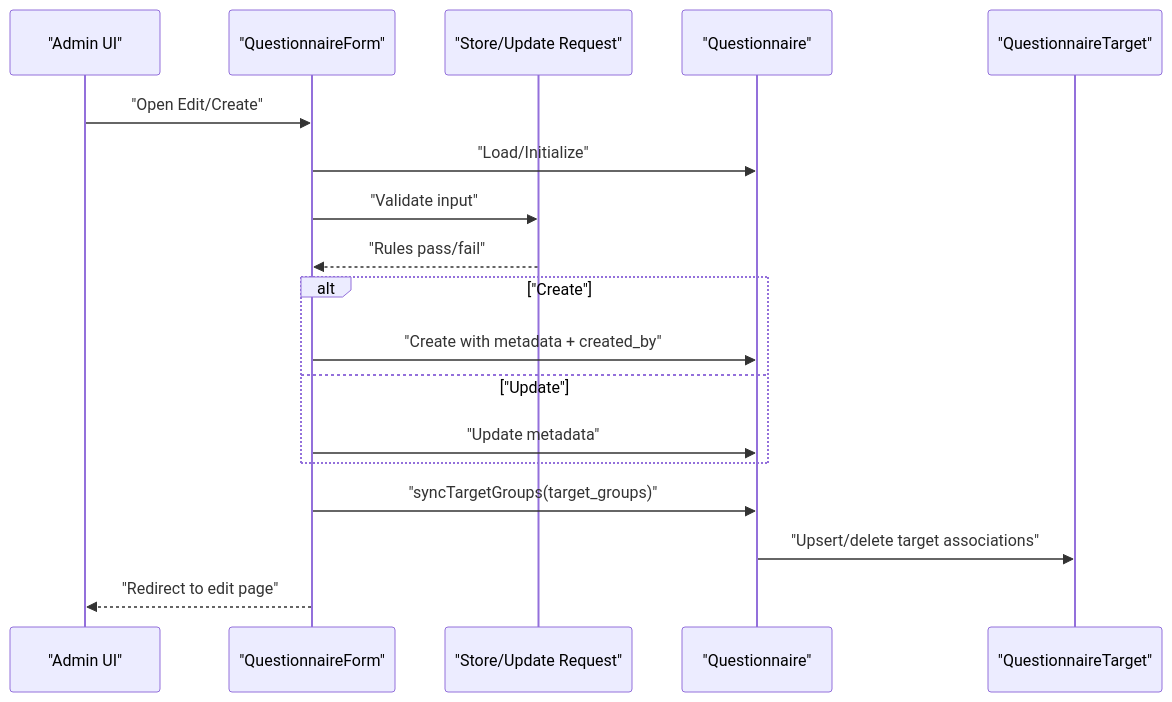
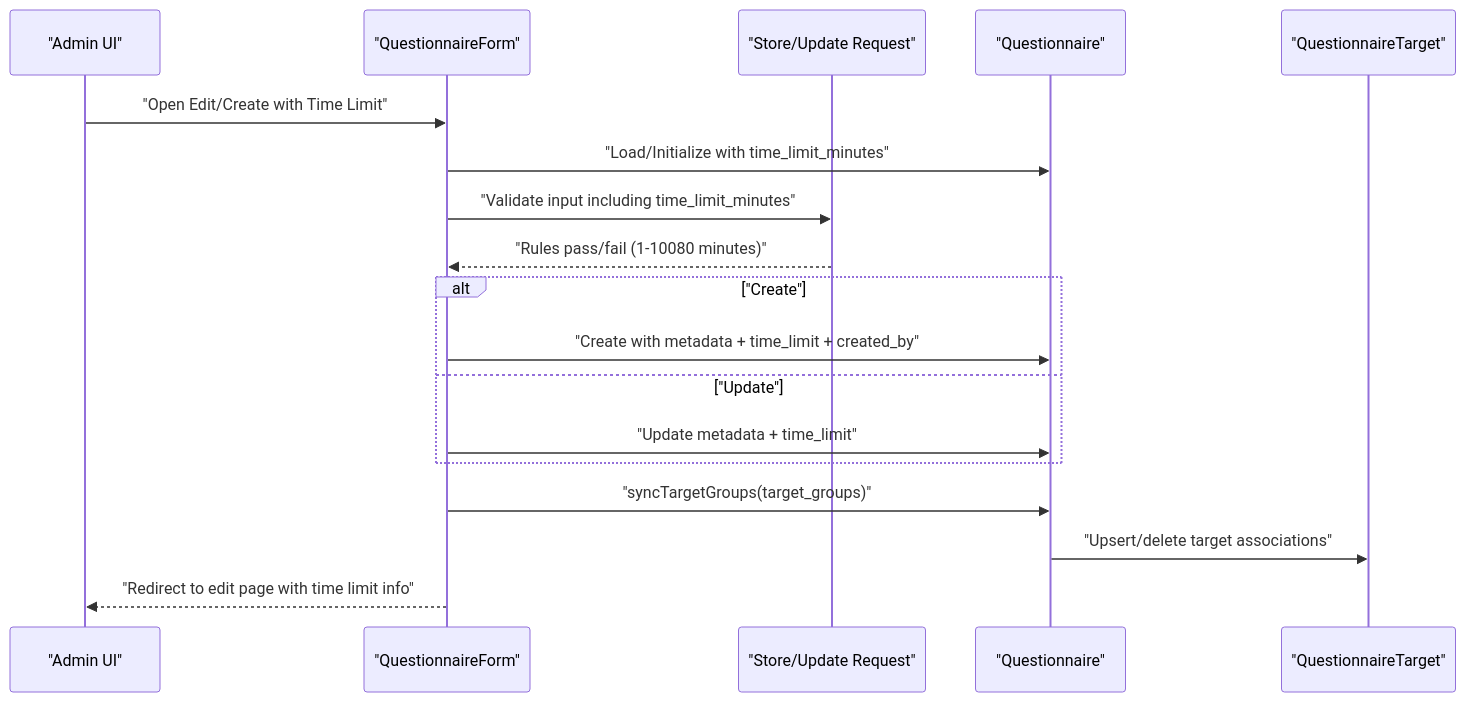
One commit to rudicatsmile/assesment360 changed the third of 8 diagrams in .qoder/repowiki/en/content/Core Features/Questionnaire Management/Questionnaire Management.md. Above: the diagram before and after it, drawn with Mermaid. The commit also changed other lines of this file and 6 other files, not shown here.

````diff
--- a/.qoder/repowiki/en/content/Core Features/Questionnaire Management/Questionnaire Management.md
+++ b/.qoder/repowiki/en/content/Core Features/Questionnaire Management/Questionnaire Management.md
@@ -233,20 +285,20 @@
 ```mermaid
 sequenceDiagram
 participant Admin as "Admin UI"
 participant Form as "QuestionnaireForm"
 participant Req as "Store/Update Request"
 participant Model as "Questionnaire"
 participant Target as "QuestionnaireTarget"
-Admin->>Form : "Open Edit/Create"
-Form->>Model : "Load/Initialize"
-Form->>Req : "Validate input"
-Req-->>Form : "Rules pass/fail"
+Admin->>Form : "Open Edit/Create with Time Limit"
+Form->>Model : "Load/Initialize with time_limit_minutes"
+Form->>Req : "Validate input including time_limit_minutes"
+Req-->>Form : "Rules pass/fail (1-10080 minutes)"
 alt "Create"
-Form->>Model : "Create with metadata + created_by"
+Form->>Model : "Create with metadata + time_limit + created_by"
 else "Update"
-Form->>Model : "Update metadata"
+Form->>Model : "Update metadata + time_limit"
 end
 Form->>Model : "syncTargetGroups(target_groups)"
 Model->>Target : "Upsert/delete target associations"
-Form-->>Admin : "Redirect to edit page"
+Form-->>Admin : "Redirect to edit page with time limit info"
 ```
````
